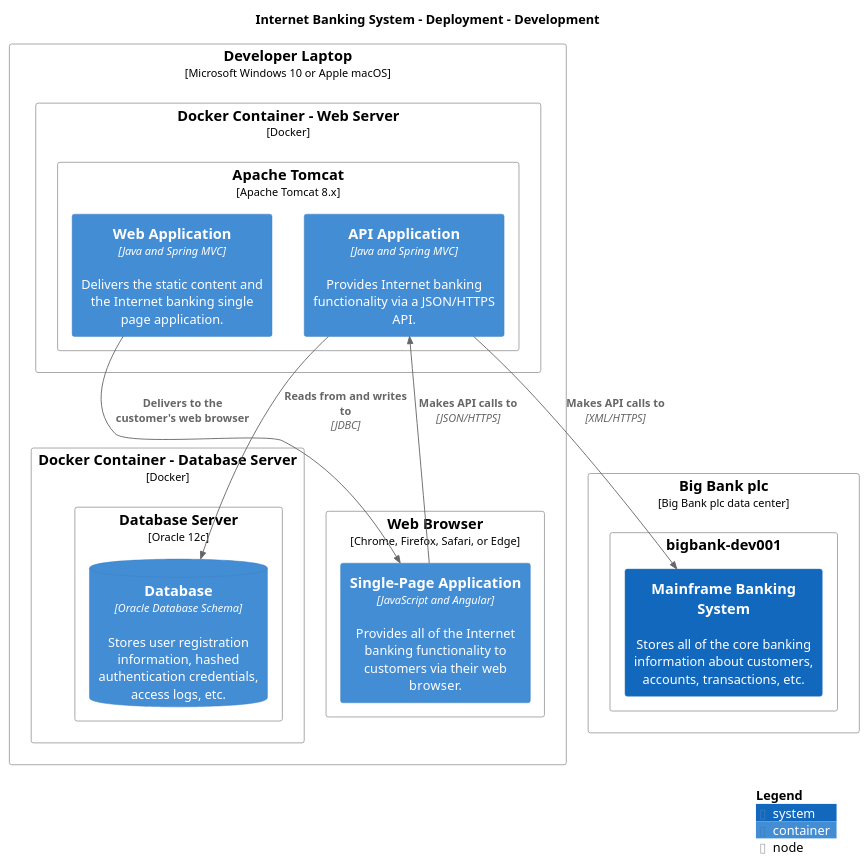
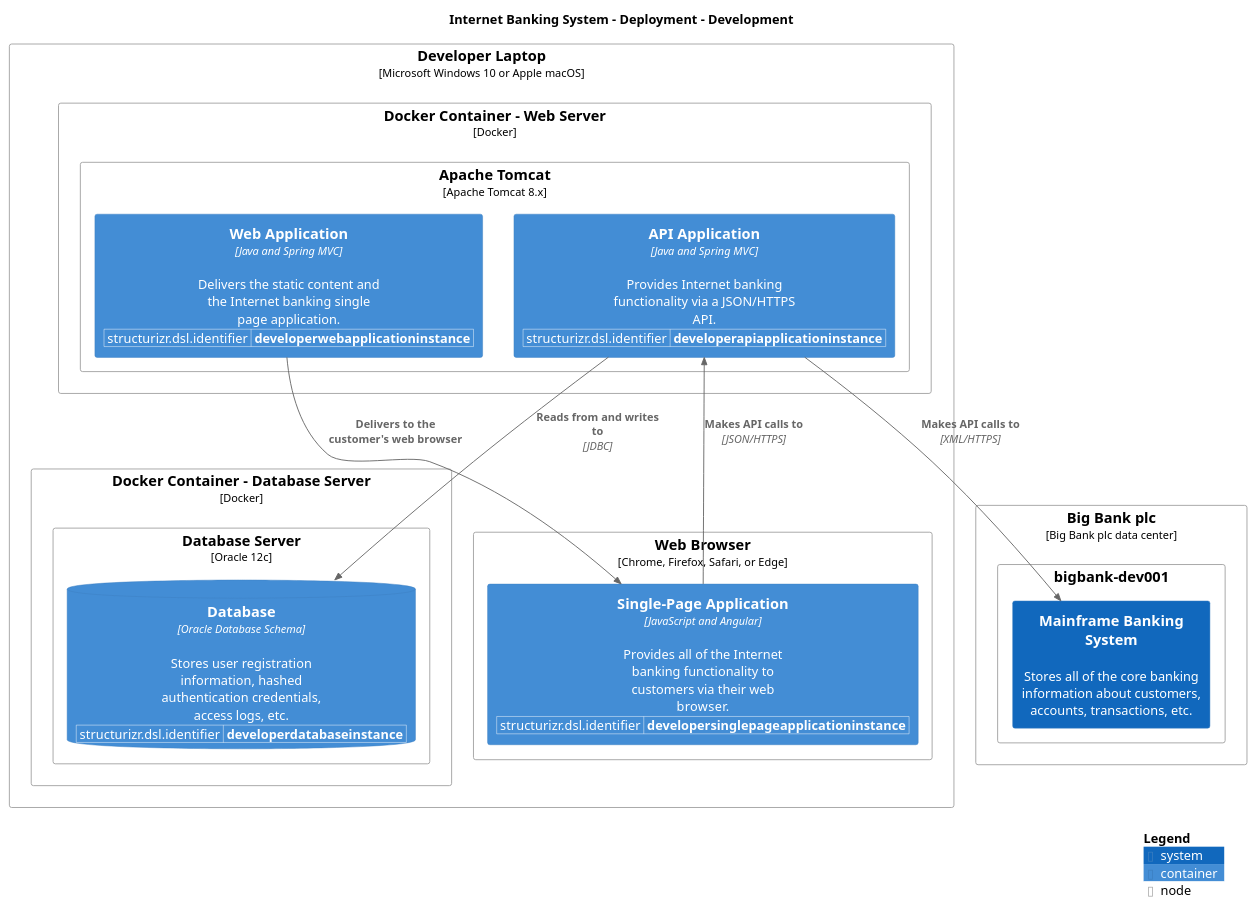
The diagram in puml/DevelopmentDeployment-DevelopmentDeployment.puml (avisi-cloud/structurizr-site-generatr), drawn with PlantUML before and after one commit. The commit also changed 78 other files, not shown here.

```diff
--- a/puml/DevelopmentDeployment-DevelopmentDeployment.puml
+++ b/puml/DevelopmentDeployment-DevelopmentDeployment.puml
@@ -1,48 +1,57 @@
 @startuml
+set separator none
 title Internet Banking System - Deployment - Development
 
 top to bottom direction
 
 !include https://raw.githubusercontent.com/plantuml-stdlib/C4-PlantUML/master/C4.puml
 !include https://raw.githubusercontent.com/plantuml-stdlib/C4-PlantUML/master/C4_Context.puml
 !include https://raw.githubusercontent.com/plantuml-stdlib/C4-PlantUML/master/C4_Container.puml
 !include https://raw.githubusercontent.com/plantuml-stdlib/C4-PlantUML/master/C4_Deployment.puml
 
 skinparam svgDimensionStyle false
 skinparam preserveAspectRatio meet
 Deployment_Node(Development.DeveloperLaptop, "Developer Laptop", "Microsoft Windows 10 or Apple macOS", $tags="") {
   Deployment_Node(Development.DeveloperLaptop.DockerContainerDatabaseServer, "Docker Container - Database Server", "Docker", $tags="") {
     Deployment_Node(Development.DeveloperLaptop.DockerContainerDatabaseServer.DatabaseServer, "Database Server", "Oracle 12c", $tags="") {
+      WithoutPropertyHeader()
+      AddProperty("structurizr.dsl.identifier","developerdatabaseinstance")
       ContainerDb(Development.DeveloperLaptop.DockerContainerDatabaseServer.DatabaseServer.Database_1, "Database", "Oracle Database Schema", "Stores user registration information, hashed authentication credentials, access logs, etc.", $tags="")
     }
 
   }
 
   Deployment_Node(Development.DeveloperLaptop.DockerContainerWebServer, "Docker Container - Web Server", "Docker", $tags="") {
     Deployment_Node(Development.DeveloperLaptop.DockerContainerWebServer.ApacheTomcat, "Apache Tomcat", "Apache Tomcat 8.x", $tags="") {
+      WithoutPropertyHeader()
+      AddProperty("structurizr.dsl.identifier","developerapiapplicationinstance")
       Container(Development.DeveloperLaptop.DockerContainerWebServer.ApacheTomcat.APIApplication_1, "API Application", "Java and Spring MVC", "Provides Internet banking functionality via a JSON/HTTPS API.", $tags="")
+      WithoutPropertyHeader()
+      AddProperty("structurizr.dsl.identifier","developerwebapplicationinstance")
       Container(Development.DeveloperLaptop.DockerContainerWebServer.ApacheTomcat.WebApplication_1, "Web Application", "Java and Spring MVC", "Delivers the static content and the Internet banking single page application.", $tags="")
     }
 
   }
 
   Deployment_Node(Development.DeveloperLaptop.WebBrowser, "Web Browser", "Chrome, Firefox, Safari, or Edge", $tags="") {
+    WithoutPropertyHeader()
+    AddProperty("structurizr.dsl.identifier","developersinglepageapplicationinstance")
     Container(Development.DeveloperLaptop.WebBrowser.SinglePageApplication_1, "Single-Page Application", "JavaScript and Angular", "Provides all of the Internet banking functionality to customers via their web browser.", $tags="")
   }
 
 }
 
 Deployment_Node(Development.BigBankplc, "Big Bank plc", "Big Bank plc data center", $tags="") {
   Deployment_Node(Development.BigBankplc.bigbankdev001, "bigbank-dev001", $tags="") {
     System(Development.BigBankplc.bigbankdev001.MainframeBankingSystem_1, "Mainframe Banking System", "Stores all of the core banking information about customers, accounts, transactions, etc.", $tags="")
   }
 
 }
 
 Rel_D(Development.DeveloperLaptop.DockerContainerWebServer.ApacheTomcat.WebApplication_1, Development.DeveloperLaptop.WebBrowser.SinglePageApplication_1, "Delivers to the customer's web browser", $tags="")
 Rel_D(Development.DeveloperLaptop.WebBrowser.SinglePageApplication_1, Development.DeveloperLaptop.DockerContainerWebServer.ApacheTomcat.APIApplication_1, "Makes API calls to", "JSON/HTTPS", $tags="")
 Rel_D(Development.DeveloperLaptop.DockerContainerWebServer.ApacheTomcat.APIApplication_1, Development.DeveloperLaptop.DockerContainerDatabaseServer.DatabaseServer.Database_1, "Reads from and writes to", "JDBC", $tags="")
 Rel_D(Development.DeveloperLaptop.DockerContainerWebServer.ApacheTomcat.APIApplication_1, Development.BigBankplc.bigbankdev001.MainframeBankingSystem_1, "Makes API calls to", "XML/HTTPS", $tags="")
 
 SHOW_LEGEND(true)
 @enduml
```
